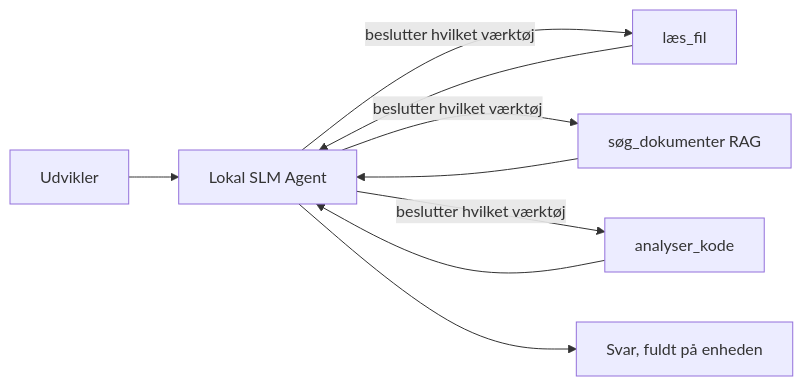
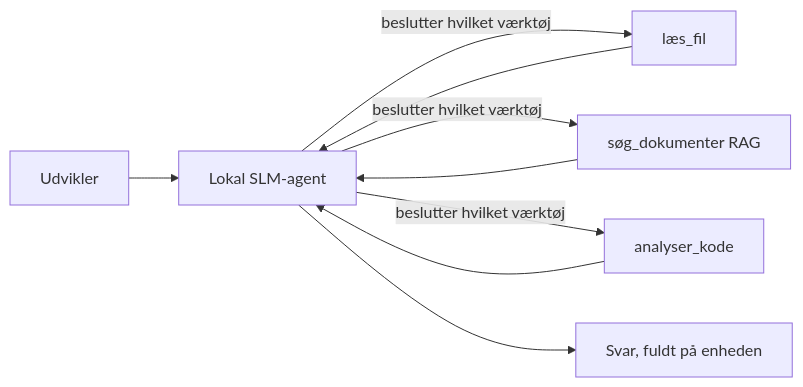
Before and after one commit to microsoft/ai-agents-for-beginners: the first of 4 diagrams in translations/da/17-creating-local-ai-agents/README.md, drawn with Mermaid. The commit also changed other lines of this file and 47 other files, not shown here.

````diff
--- a/translations/da/17-creating-local-ai-agents/README.md
+++ b/translations/da/17-creating-local-ai-agents/README.md
@@ -66,11 +66,11 @@
 ```mermaid
 flowchart LR
-    U[Udvikler] --> A[Lokal SLM Agent]
+    U[Udvikler] --> A[Lokal SLM-agent]
     A -->|beslutter hvilket værktøj| T1[læs_fil]
     A -->|beslutter hvilket værktøj| T2[søg_dokumenter RAG]
     A -->|beslutter hvilket værktøj| T3[analyser_kode]
     T1 --> A
     T2 --> A
     T3 --> A
     A --> R[Svar, fuldt på enheden]
 ```
````
